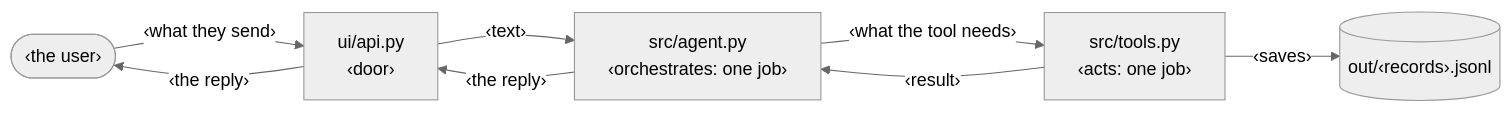
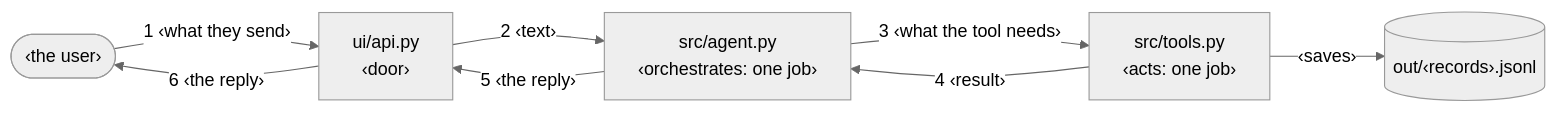
The diagram in .claude/skills/discovery/templates/plan.md (a1noh/kick-off), drawn with Mermaid (neutral theme) before and after one commit. The commit also changed other lines of this file and 3 other files, not shown here.

First line of the commit message:
kit: number the arrows one request follows 1, 2, 3, … in the How-it-works diagram

````diff
--- a/.claude/skills/discovery/templates/plan.md
+++ b/.claude/skills/discovery/templates/plan.md
@@ -35,16 +36,16 @@
 ```mermaid
 flowchart LR
   U(["‹the user›"])
   API["ui/api.py<br/>‹door›"]
   AG["src/agent.py<br/>‹orchestrates: one job›"]
   TO["src/tools.py<br/>‹acts: one job›"]
   D[("out/‹records›.jsonl")]
 
-  U -- "‹what they send›" --> API
-  API -- "‹text›" --> AG
-  AG -- "‹what the tool needs›" --> TO
+  U -- "1 ‹what they send›" --> API
+  API -- "2 ‹text›" --> AG
+  AG -- "3 ‹what the tool needs›" --> TO
+  TO -- "4 ‹result›" --> AG
+  AG -- "5 ‹the reply›" --> API
+  API -- "6 ‹the reply›" --> U
   TO -- "‹saves›" --> D
-  TO -- "‹result›" --> AG
-  AG -- "‹the reply›" --> API
-  API -- "‹the reply›" --> U
 ```
````
